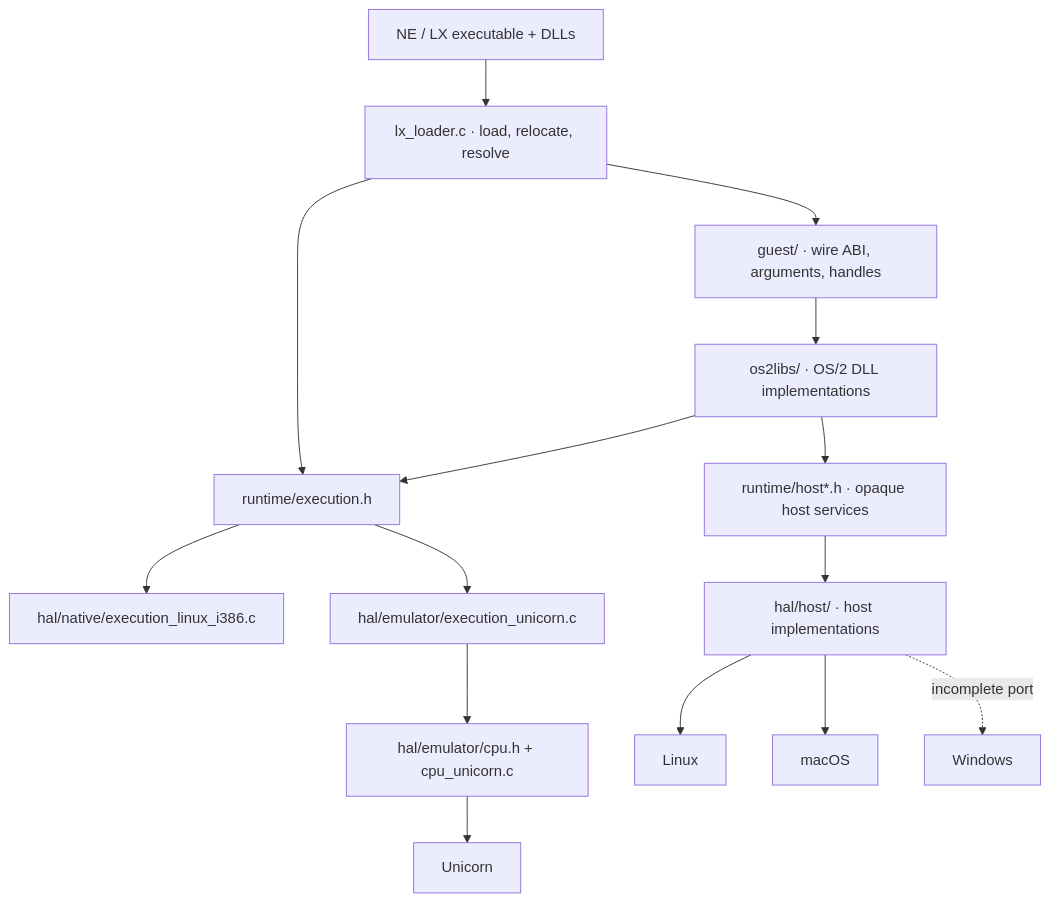
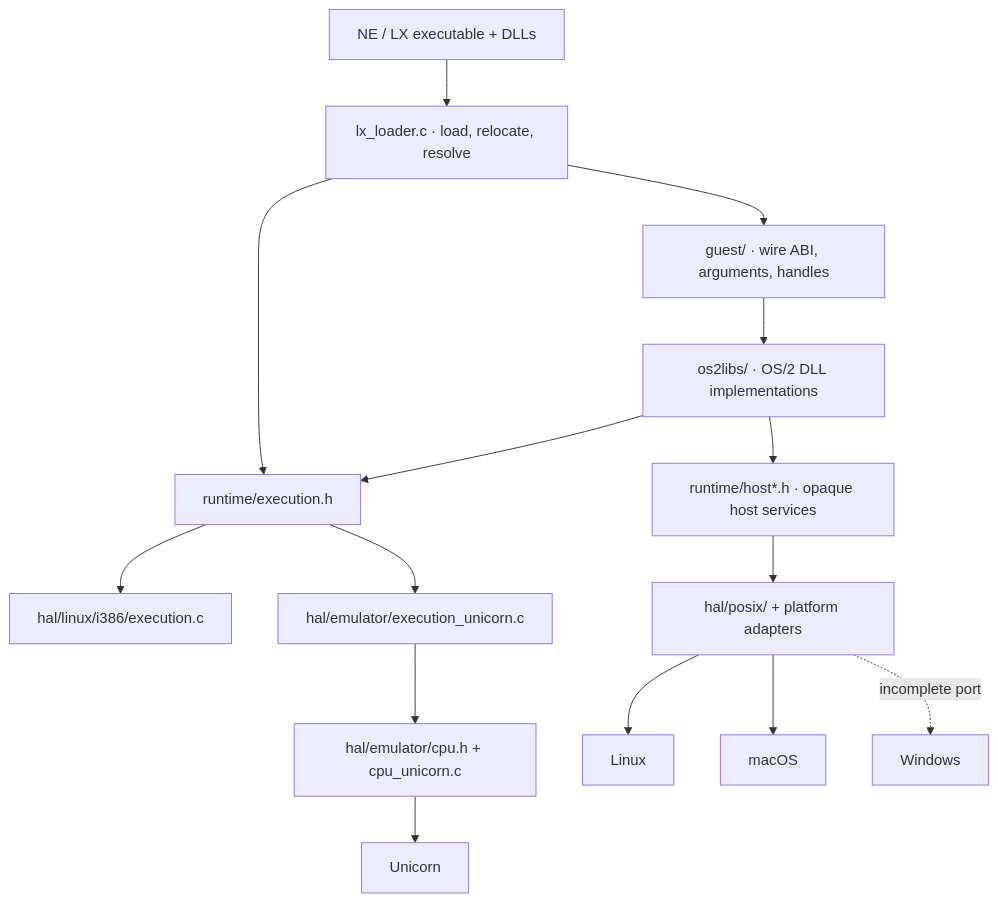
The first of 9 diagrams in docs/architecture.md (bitwisecook/2ine), drawn with Mermaid before and after one commit. The commit also changed other lines of this file and 46 other files, not shown here.

Commit message:
Separate HAL host adapters by operating system

````diff
--- a/docs/architecture.md
+++ b/docs/architecture.md
@@ -9,16 +9,16 @@
 ```mermaid
 flowchart TD
     Image["NE / LX executable + DLLs"] --> Loader["lx_loader.c · load, relocate, resolve"]
     Loader --> Guest["guest/ · wire ABI, arguments, handles"]
     Guest --> APIs["os2libs/ · OS/2 DLL implementations"]
     Loader --> Execution["runtime/execution.h"]
     APIs --> Execution
-    Execution --> Native["hal/native/execution_linux_i386.c"]
+    Execution --> Native["hal/linux/i386/execution.c"]
     Execution --> Emulator["hal/emulator/execution_unicorn.c"]
     Emulator --> CPU["hal/emulator/cpu.h + cpu_unicorn.c"] --> Unicorn["Unicorn"]
     APIs --> Host["runtime/host*.h · opaque host services"]
-    Host --> HAL["hal/host/ · host implementations"]
+    Host --> HAL["hal/posix/ + platform adapters"]
     HAL --> Linux["Linux"]
     HAL --> Mac["macOS"]
     HAL -. incomplete port .-> Windows["Windows"]
 ```
````
